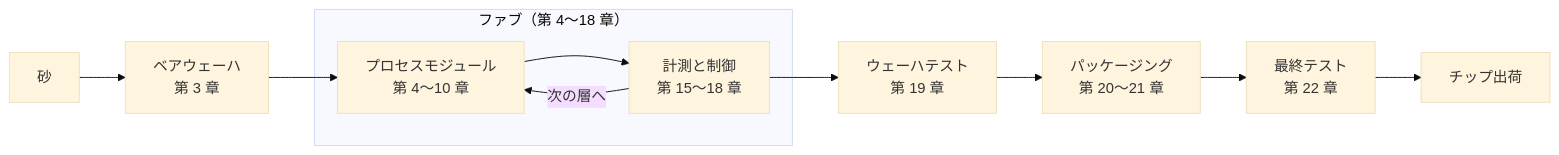
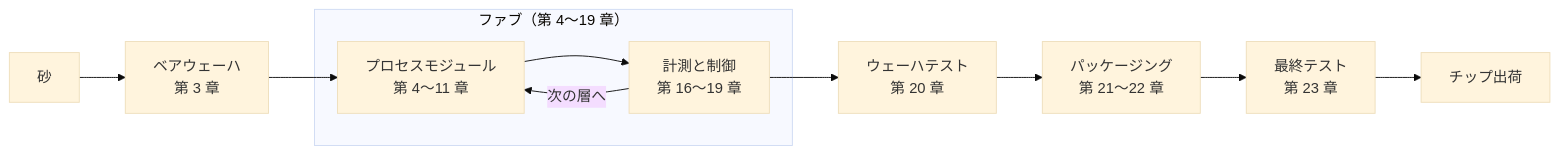
The diagram in ja/README.md (chenwei810/Semiconductor_Manufacturing_Introduction), drawn with Mermaid (base theme) before and after one commit. The commit also changed other lines of this file and 180 other files, not shown here.

````diff
--- a/ja/README.md
+++ b/ja/README.md
@@ -59,13 +59,13 @@
 ```mermaid
 flowchart LR
     S["砂"] --> W["ベアウェーハ<br>第 3 章"]
-    subgraph FAB["ファブ（第 4～18 章）"]
-        M["プロセスモジュール<br>第 4～10 章"] --> Q["計測と制御<br>第 15～18 章"]
+    subgraph FAB["ファブ（第 4～19 章）"]
+        M["プロセスモジュール<br>第 4～11 章"] --> Q["計測と制御<br>第 16～19 章"]
         Q -- "次の層へ" --> M
     end
     W --> M
-    Q --> T["ウェーハテスト<br>第 19 章"]
-    T --> P["パッケージング<br>第 20～21 章"]
-    P --> F["最終テスト<br>第 22 章"]
+    Q --> T["ウェーハテスト<br>第 20 章"]
+    T --> P["パッケージング<br>第 21～22 章"]
+    P --> F["最終テスト<br>第 23 章"]
     F --> C["チップ出荷"]
 ```
````
